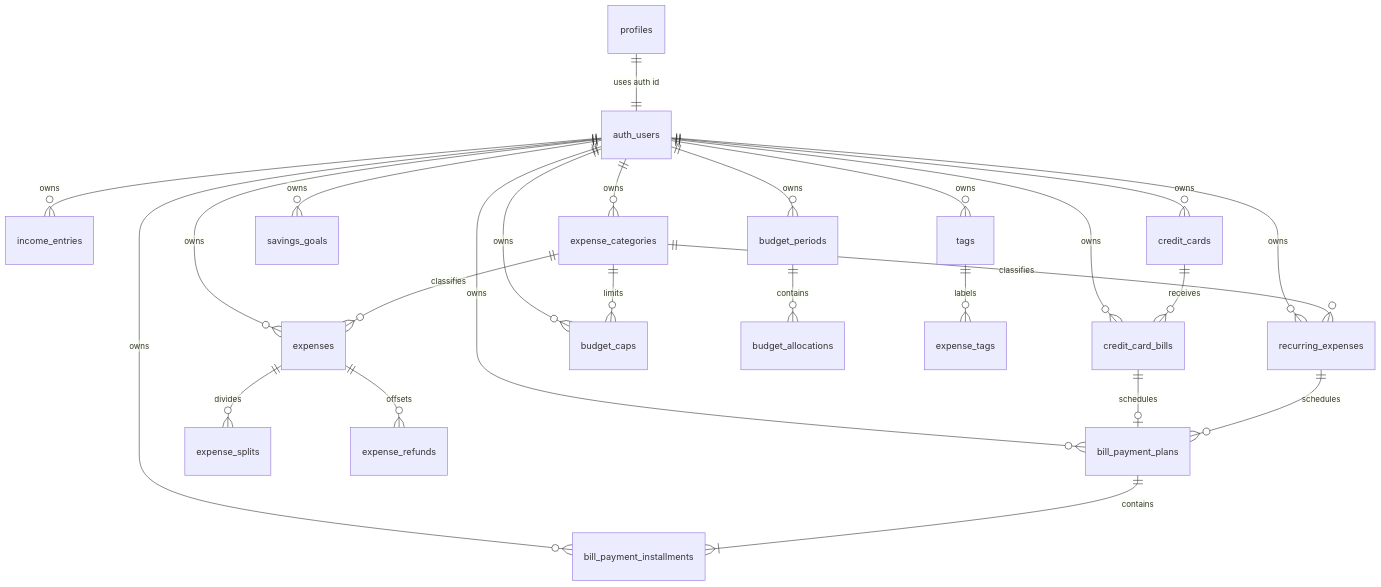
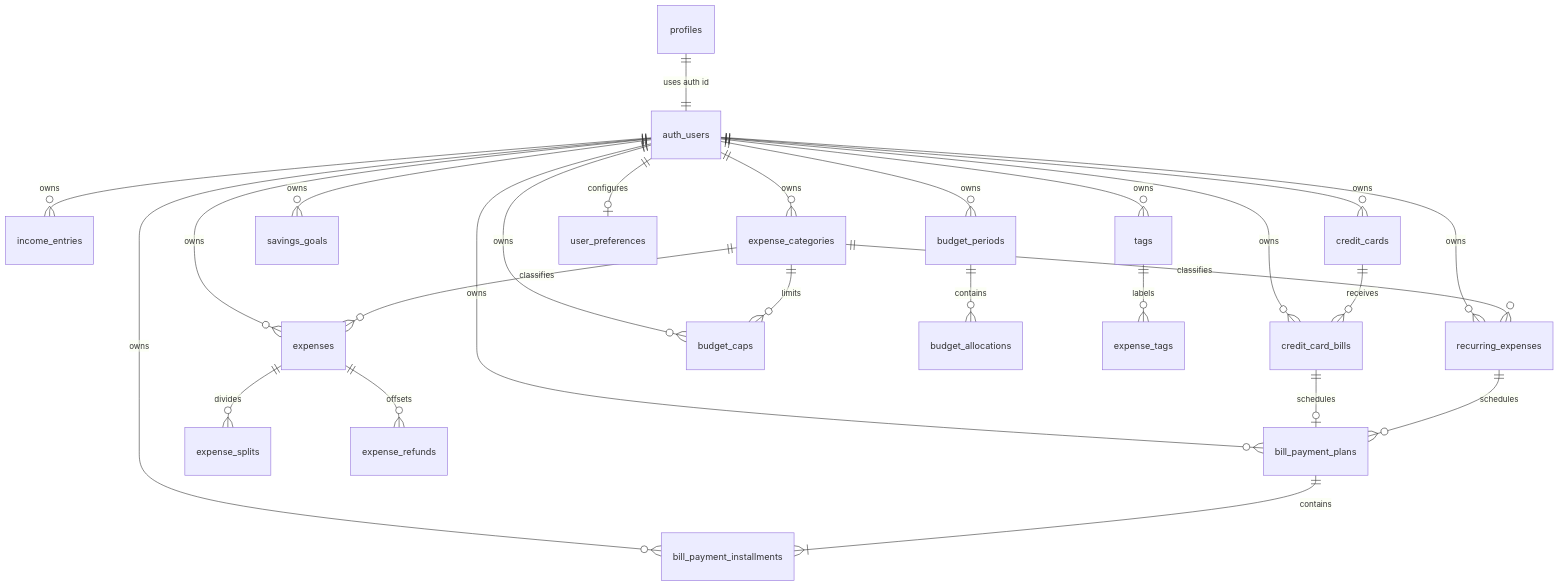
One commit to DalbirSodhi/Pocket-Mate changed the diagram in docs/database-schema.md. Above: the diagram before and after it, drawn with Mermaid. The commit also changed other lines of this file and 29 other files, not shown here.

````diff
--- a/docs/database-schema.md
+++ b/docs/database-schema.md
@@ -355,27 +378,28 @@
 ```mermaid
 erDiagram
     profiles ||--|| auth_users : "uses auth id"
     auth_users ||--o{ income_entries : owns
     auth_users ||--o{ expense_categories : owns
     auth_users ||--o{ expenses : owns
     auth_users ||--o{ recurring_expenses : owns
     auth_users ||--o{ credit_cards : owns
     auth_users ||--o{ credit_card_bills : owns
     auth_users ||--o{ bill_payment_plans : owns
     auth_users ||--o{ bill_payment_installments : owns
     auth_users ||--o{ budget_caps : owns
     auth_users ||--o{ savings_goals : owns
     auth_users ||--o{ budget_periods : owns
     auth_users ||--o{ tags : owns
+    auth_users ||--o| user_preferences : configures
     expense_categories ||--o{ expenses : classifies
     expense_categories ||--o{ recurring_expenses : classifies
     credit_cards ||--o{ credit_card_bills : receives
     credit_card_bills ||--o| bill_payment_plans : schedules
     recurring_expenses ||--o{ bill_payment_plans : schedules
     bill_payment_plans ||--|{ bill_payment_installments : contains
     expense_categories ||--o{ budget_caps : limits
     expenses ||--o{ expense_splits : divides
     expenses ||--o{ expense_refunds : offsets
     budget_periods ||--o{ budget_allocations : contains
     tags ||--o{ expense_tags : labels
 ```
````
